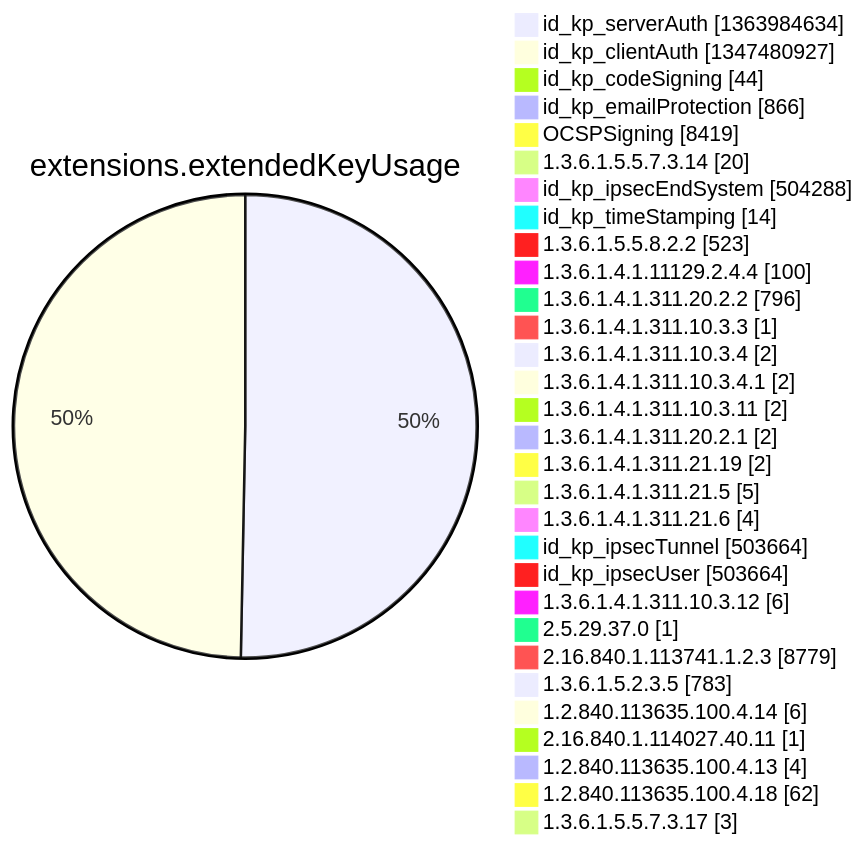
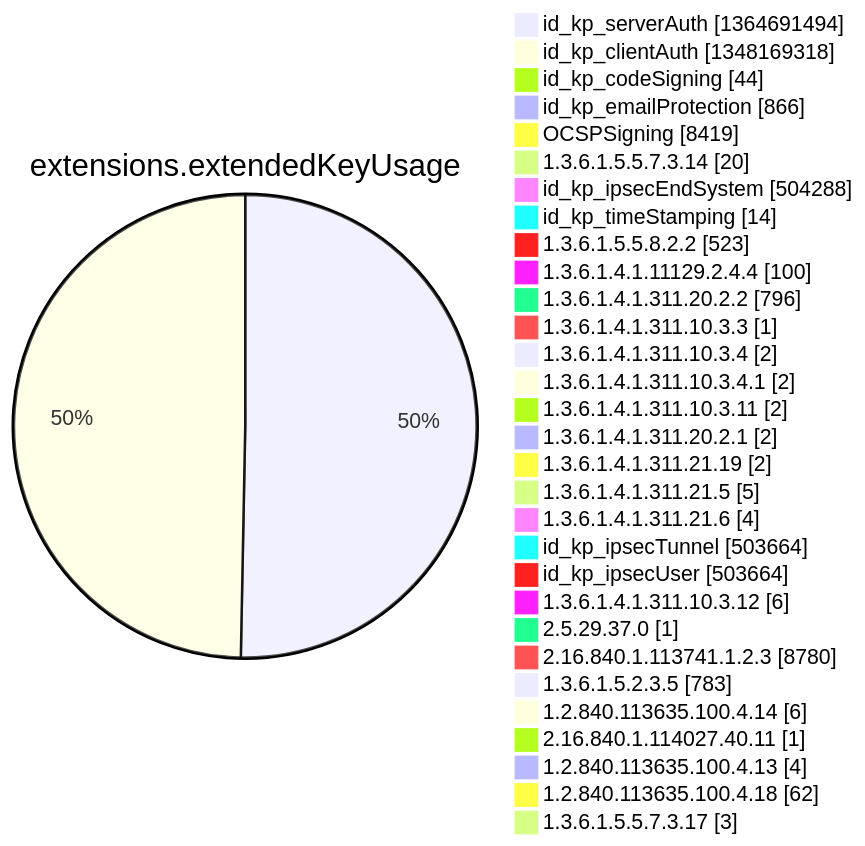
Diagram 12 of 15 in argon2022/README.md (christiankrug/ctmonitor_visualization), drawn with Mermaid before and after one commit. The commit also changed other lines of this file, not shown here.

````diff
--- a/argon2022/README.md
+++ b/argon2022/README.md
@@ -3553,34 +3553,34 @@
 ```mermaid
 pie showData
 title extensions.extendedKeyUsage
-"id_kp_serverAuth" :1363984634
-"id_kp_clientAuth" :1347480927
+"id_kp_serverAuth" :1364691494
+"id_kp_clientAuth" :1348169318
 "id_kp_codeSigning" :44
 "id_kp_emailProtection" :866
 "OCSPSigning" :8419
 "1.3.6.1.5.5.7.3.14" :20
 "id_kp_ipsecEndSystem" :504288
 "id_kp_timeStamping" :14
 "1.3.6.1.5.5.8.2.2" :523
 "1.3.6.1.4.1.11129.2.4.4" :100
 "1.3.6.1.4.1.311.20.2.2" :796
 "1.3.6.1.4.1.311.10.3.3" :1
 "1.3.6.1.4.1.311.10.3.4" :2
 "1.3.6.1.4.1.311.10.3.4.1" :2
 "1.3.6.1.4.1.311.10.3.11" :2
 "1.3.6.1.4.1.311.20.2.1" :2
 "1.3.6.1.4.1.311.21.19" :2
 "1.3.6.1.4.1.311.21.5" :5
 "1.3.6.1.4.1.311.21.6" :4
 "id_kp_ipsecTunnel" :503664
 "id_kp_ipsecUser" :503664
 "1.3.6.1.4.1.311.10.3.12" :6
 "2.5.29.37.0" :1
-"2.16.840.1.113741.1.2.3" :8779
+"2.16.840.1.113741.1.2.3" :8780
 "1.3.6.1.5.2.3.5" :783
 "1.2.840.113635.100.4.14" :6
 "2.16.840.1.114027.40.11" :1
 "1.2.840.113635.100.4.13" :4
 "1.2.840.113635.100.4.18" :62
 "1.3.6.1.5.5.7.3.17" :3
 ```
````
